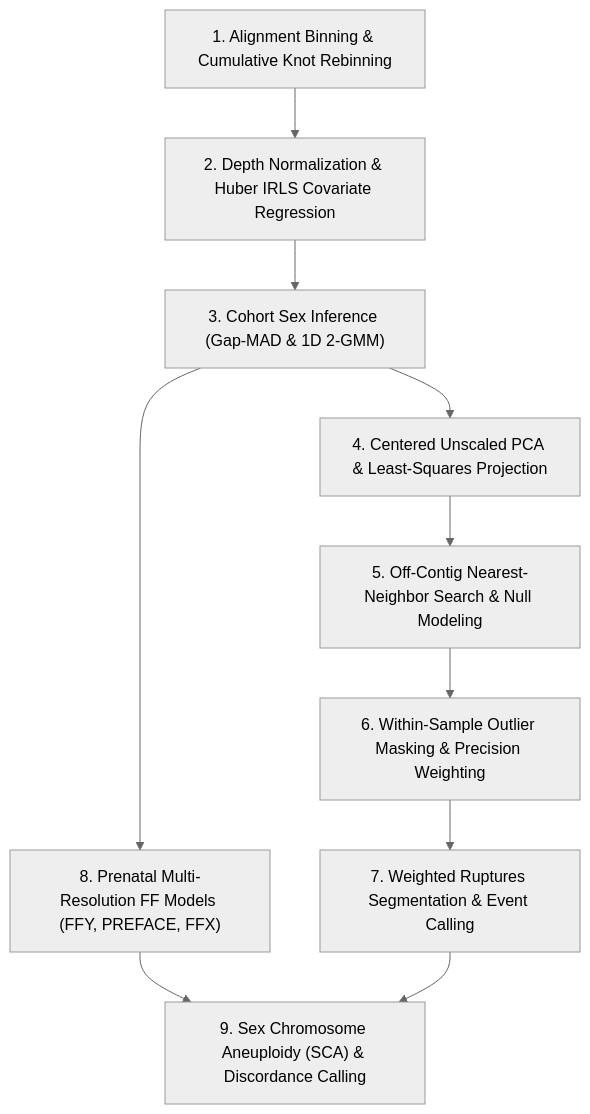
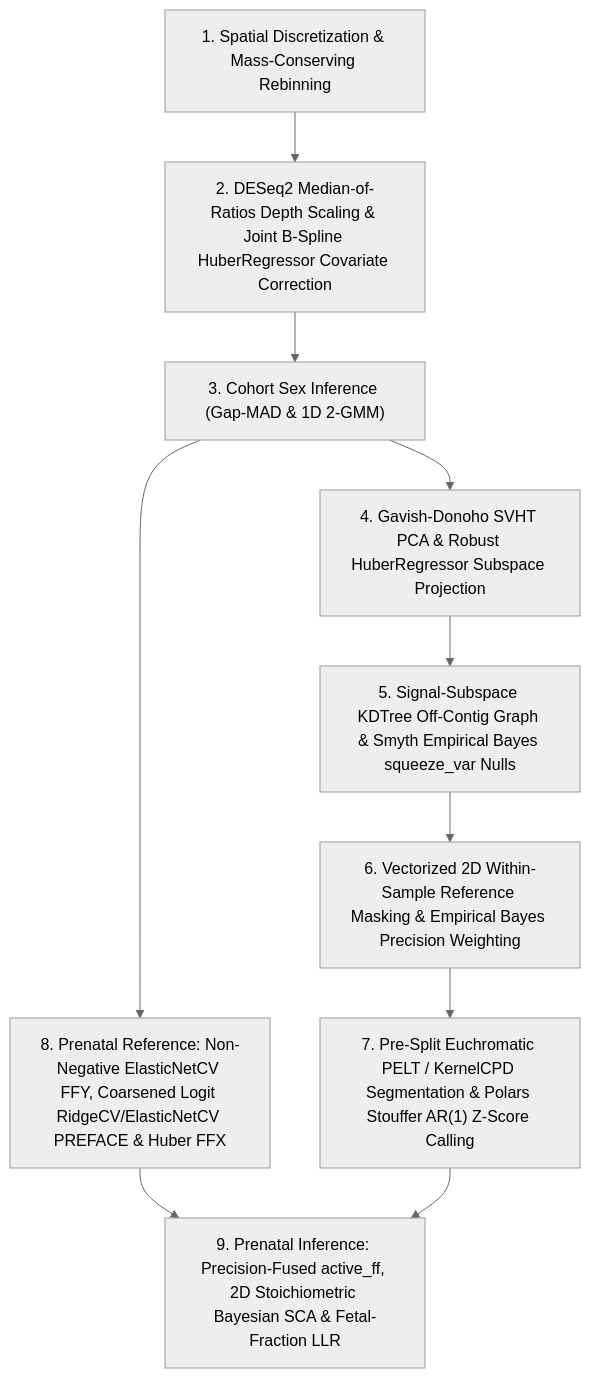
Before and after one commit to matthdsm/ccnv: the diagram in docs/methodology.md, drawn with Mermaid (neutral theme). The commit also changed other lines of this file and 9 other files, not shown here.

````diff
--- a/docs/methodology.md
+++ b/docs/methodology.md
@@ -14,12 +14,12 @@
 ```mermaid
 flowchart TD
-    S1["1. Alignment Binning & Cumulative Knot Rebinning"] --> S2["2. Depth Normalization & Huber IRLS Covariate Regression"]
+    S1["1. Spatial Discretization & Mass-Conserving Rebinning"] --> S2["2. DESeq2 Median-of-Ratios Depth Scaling & Joint B-Spline HuberRegressor Covariate Correction"]
     S2 --> S3["3. Cohort Sex Inference (Gap-MAD & 1D 2-GMM)"]
-    S3 --> S4["4. Centered Unscaled PCA & Least-Squares Projection"]
-    S4 --> S5["5. Off-Contig Nearest-Neighbor Search & Null Modeling"]
-    S5 --> S6["6. Within-Sample Outlier Masking & Precision Weighting"]
-    S6 --> S7["7. Weighted Ruptures Segmentation & Event Calling"]
-    S3 --> S8["8. Prenatal Multi-Resolution FF Models (FFY, PREFACE, FFX)"]
-    S8 --> S9["9. Sex Chromosome Aneuploidy (SCA) & Discordance Calling"]
+    S3 --> S4["4. Gavish-Donoho SVHT PCA & Robust HuberRegressor Subspace Projection"]
+    S4 --> S5["5. Signal-Subspace KDTree Off-Contig Graph & Smyth Empirical Bayes squeeze_var Nulls"]
+    S5 --> S6["6. Vectorized 2D Within-Sample Reference Masking & Empirical Bayes Precision Weighting"]
+    S6 --> S7["7. Pre-Split Euchromatic PELT / KernelCPD Segmentation & Polars Stouffer AR(1) Z-Score Calling"]
+    S3 --> S8["8. Prenatal Reference: Non-Negative ElasticNetCV FFY, Coarsened Logit RidgeCV/ElasticNetCV PREFACE & Huber FFX"]
+    S8 --> S9["9. Prenatal Inference: Precision-Fused active_ff, 2D Stoichiometric Bayesian SCA & Fetal-Fraction LLR"]
     S7 --> S9
 ```
````
